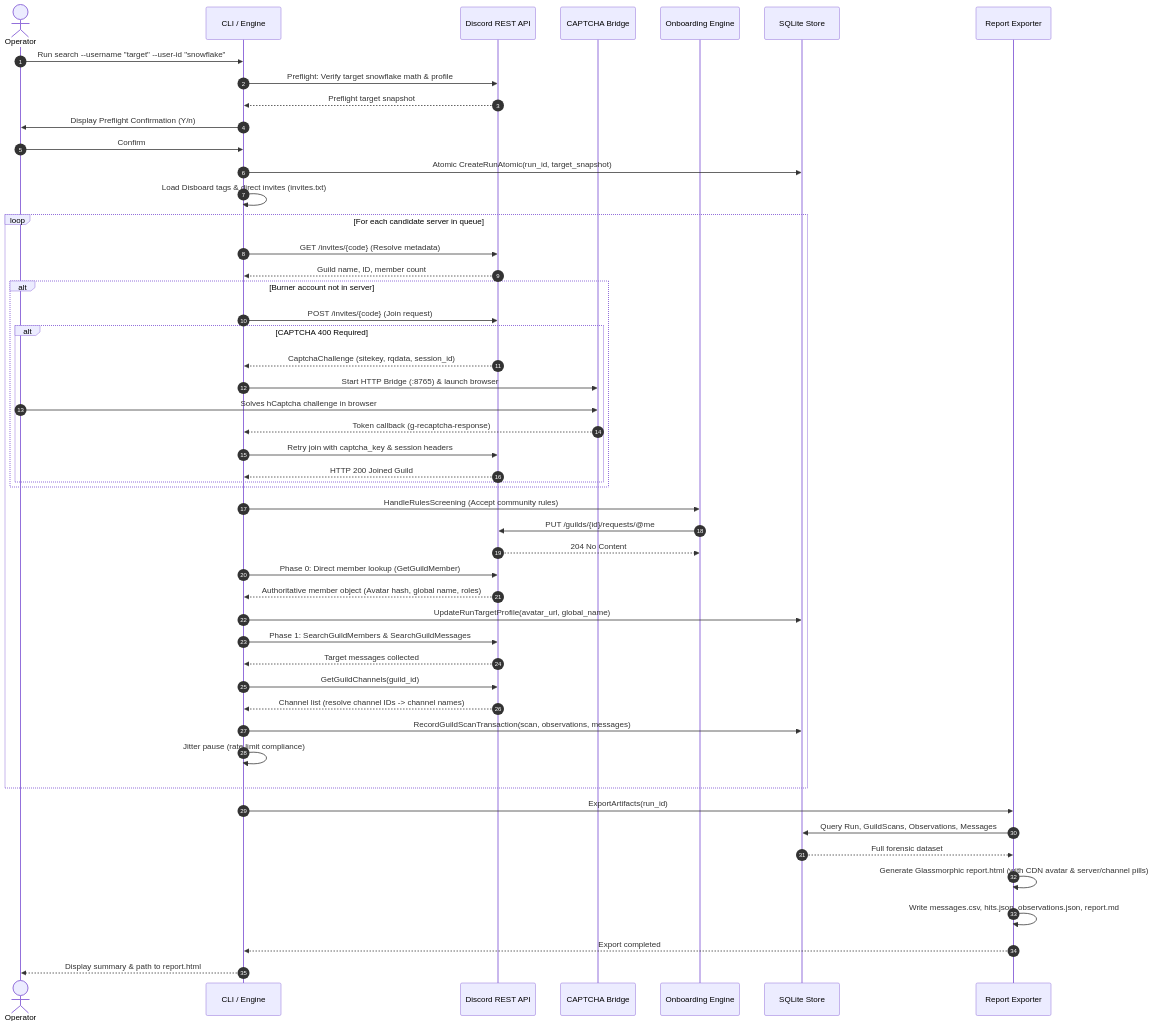
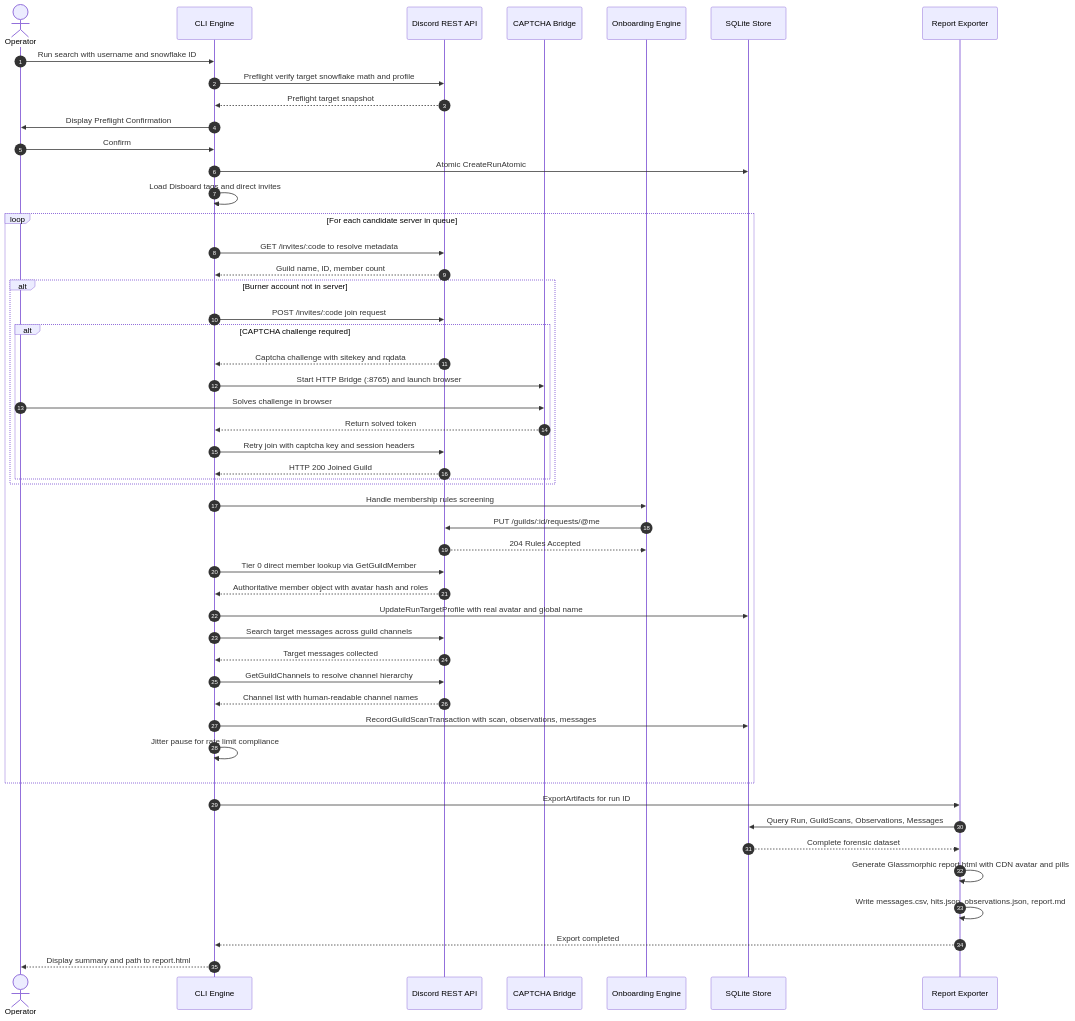
The second of 6 diagrams in README.md (Kingof3O/discord-osint), drawn with Mermaid before and after one commit. The commit also changed other lines of this file and 1 other file, not shown here.

Commit message:
fix(docs): resolve Mermaid syntax errors and escape parameters in diagrams

````diff
--- a/README.md
+++ b/README.md
@@ -129,61 +128,61 @@
 ```mermaid
 sequenceDiagram
     autonumber
     actor Operator
-    participant CLI as CLI / Engine
+    participant CLI as CLI Engine
     participant Disc as Discord REST API
     participant Solv as CAPTCHA Bridge
     participant Gate as Onboarding Engine
     participant DB as SQLite Store
     participant Exp as Report Exporter
 
-    Operator->>CLI: Run search --username "target" --user-id "snowflake"
-    CLI->>Disc: Preflight: Verify target snowflake math & profile
+    Operator->>CLI: Run search with username and snowflake ID
+    CLI->>Disc: Preflight verify target snowflake math and profile
     Disc-->>CLI: Preflight target snapshot
-    CLI->>Operator: Display Preflight Confirmation (Y/n)
+    CLI->>Operator: Display Preflight Confirmation
     Operator->>CLI: Confirm
 
-    CLI->>DB: Atomic CreateRunAtomic(run_id, target_snapshot)
-    CLI->>CLI: Load Disboard tags & direct invites (invites.txt)
+    CLI->>DB: Atomic CreateRunAtomic
+    CLI->>CLI: Load Disboard tags and direct invites
 
     loop For each candidate server in queue
-        CLI->>Disc: GET /invites/{code} (Resolve metadata)
+        CLI->>Disc: GET /invites/:code to resolve metadata
         Disc-->>CLI: Guild name, ID, member count
 
         alt Burner account not in server
-            CLI->>Disc: POST /invites/{code} (Join request)
-            alt CAPTCHA 400 Required
-                Disc-->>CLI: CaptchaChallenge (sitekey, rqdata, session_id)
-                CLI->>Solv: Start HTTP Bridge (:8765) & launch browser
-                Operator->>Solv: Solves hCaptcha challenge in browser
-                Solv-->>CLI: Token callback (g-recaptcha-response)
-                CLI->>Disc: Retry join with captcha_key & session headers
+            CLI->>Disc: POST /invites/:code join request
+            alt CAPTCHA challenge required
+                Disc-->>CLI: Captcha challenge with sitekey and rqdata
+                CLI->>Solv: Start HTTP Bridge (:8765) and launch browser
+                Operator->>Solv: Solves challenge in browser
+                Solv-->>CLI: Return solved token
+                CLI->>Disc: Retry join with captcha key and session headers
                 Disc-->>CLI: HTTP 200 Joined Guild
             end
         end
 
-        CLI->>Gate: HandleRulesScreening (Accept community rules)
-        Gate->>Disc: PUT /guilds/{id}/requests/@me
-        Disc-->>Gate: 204 No Content
+        CLI->>Gate: Handle membership rules screening
+        Gate->>Disc: PUT /guilds/:id/requests/@me
+        Disc-->>Gate: 204 Rules Accepted
 
-        CLI->>Disc: Phase 0: Direct member lookup (GetGuildMember)
-        Disc-->>CLI: Authoritative member object (Avatar hash, global name, roles)
-        CLI->>DB: UpdateRunTargetProfile(avatar_url, global_name)
+        CLI->>Disc: Tier 0 direct member lookup via GetGuildMember
+        Disc-->>CLI: Authoritative member object with avatar hash and roles
+        CLI->>DB: UpdateRunTargetProfile with real avatar and global name
 
-        CLI->>Disc: Phase 1: SearchGuildMembers & SearchGuildMessages
+        CLI->>Disc: Search target messages across guild channels
         Disc-->>CLI: Target messages collected
-        CLI->>Disc: GetGuildChannels(guild_id)
-        Disc-->>CLI: Channel list (resolve channel IDs -> channel names)
+        CLI->>Disc: GetGuildChannels to resolve channel hierarchy
+        Disc-->>CLI: Channel list with human-readable channel names
 
-        CLI->>DB: RecordGuildScanTransaction(scan, observations, messages)
-        CLI->>CLI: Jitter pause (rate limit compliance)
+        CLI->>DB: RecordGuildScanTransaction with scan, observations, messages
+        CLI->>CLI: Jitter pause for rate limit compliance
     end
 
-    CLI->>Exp: ExportArtifacts(run_id)
+    CLI->>Exp: ExportArtifacts for run ID
     Exp->>DB: Query Run, GuildScans, Observations, Messages
-    DB-->>Exp: Full forensic dataset
-    Exp->>Exp: Generate Glassmorphic report.html (with CDN avatar & server/channel pills)
+    DB-->>Exp: Complete forensic dataset
+    Exp->>Exp: Generate Glassmorphic report.html with CDN avatar and pills
     Exp->>Exp: Write messages.csv, hits.json, observations.json, report.md
     Exp-->>CLI: Export completed
-    CLI-->>Operator: Display summary & path to report.html
+    CLI-->>Operator: Display summary and path to report.html
 ```
````
